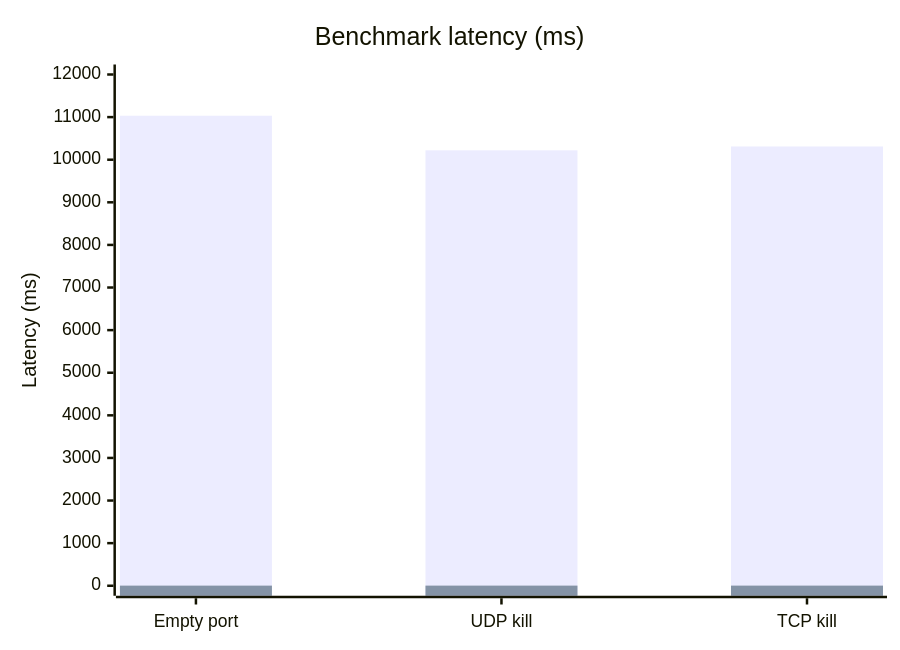
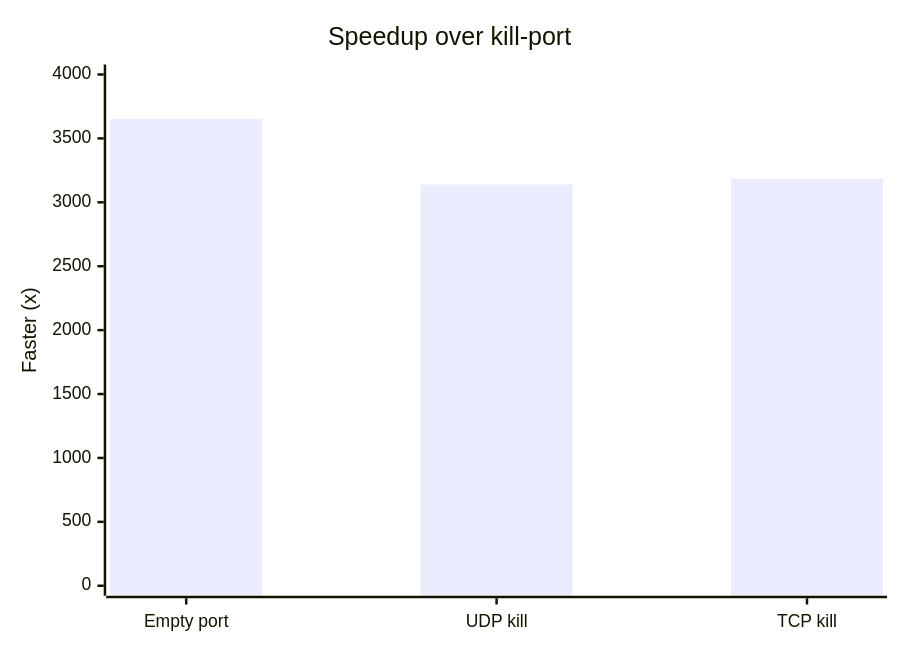
Before and after one commit to ocodista/kill-port-now: the diagram in README.md, drawn with Mermaid. The commit also changed other lines of this file and 8 other files, not shown here.

````diff
--- a/README.md
+++ b/README.md
@@ -49,8 +57,7 @@
 ```mermaid
 xychart-beta
-    title "Benchmark latency (ms)"
+    title "Speedup over kill-port"
     x-axis ["Empty port", "UDP kill", "TCP kill"]
-    y-axis "Latency (ms)" 0 --> 12000
-    bar "kill-port" [11032.29, 10219.75, 10311.02]
-    bar "kill-port-now" [3.02, 3.25, 3.24]
+    y-axis "Faster (x)" 0 --> 4000
+    bar [3653, 3140, 3185]
 ```
````
